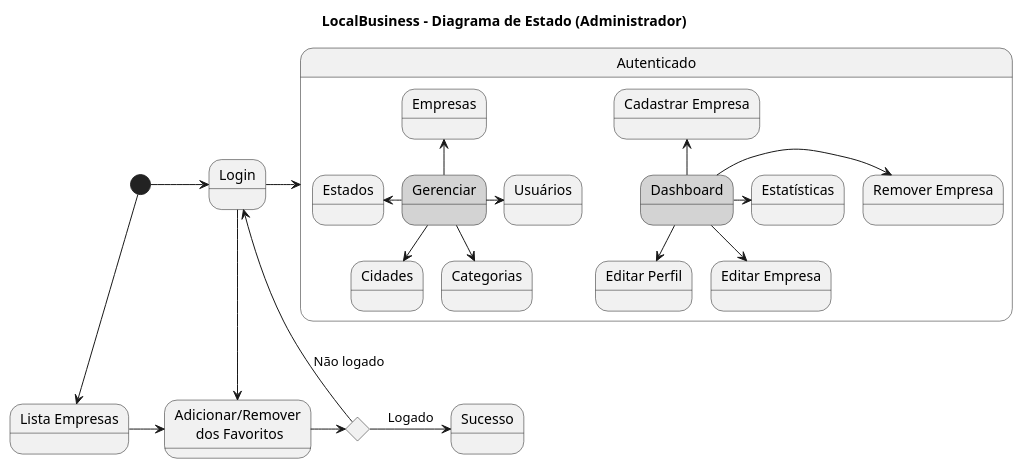
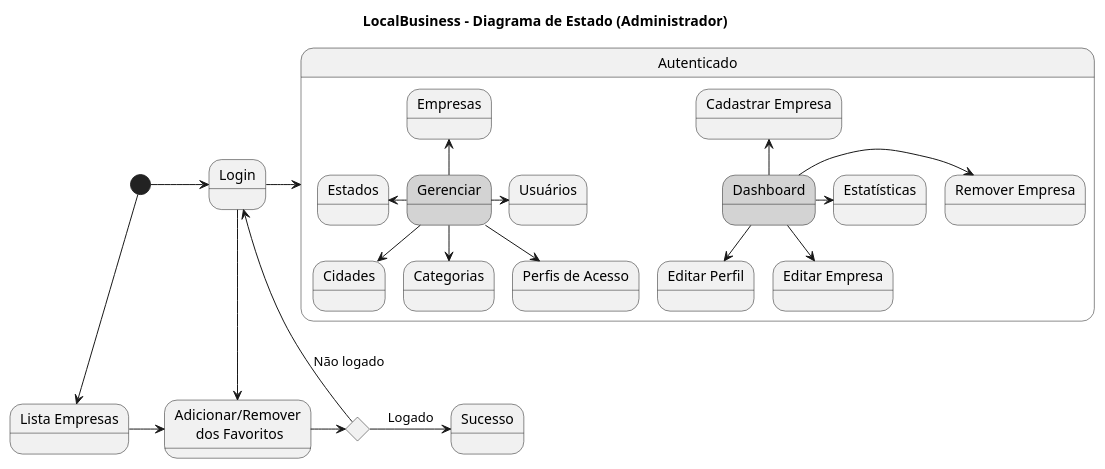
The diagram in documentation/diagrams/states/localbusiness_state-overview-admin.puml (puc-projeto-integrado/smart-business), drawn with PlantUML before and after one commit. The commit also changed 24 other files, not shown here.

```diff
--- a/documentation/diagrams/states/localbusiness_state-overview-admin.puml
+++ b/documentation/diagrams/states/localbusiness_state-overview-admin.puml
@@ -1,42 +1,44 @@
 @startuml
 title "LocalBusiness - Diagrama de Estado (Administrador)"
 
 state "Login" as login
 state "Lista Empresas" as list
 state c <<choice>>
 state "Adicionar/Remover\n dos Favoritos" as handleFav
 
 state "Autenticado" as loggedOn{
     state "Cadastrar Empresa" as cadBusiness
     state "Dashboard" as dashboard #lightgray
     state "Remover Empresa" as delBusiness
     state "Editar Perfil" as editProfile
     state "Editar Empresa" as editBusiness
     state "Gerenciar" as manage #lightgray
     state "Usuários" as user
     state "Empresas" as business
     state "Estados" as state
     state "Cidades" as city
     state "Categorias" as category
     state "Estatísticas" as stats
+    state "Perfis de Acesso" as roles
 }
 
 [*] -d-> list
 [*] -> login
 login -> loggedOn
 dashboard -u-> cadBusiness
 dashboard -d-> editBusiness
 dashboard -> delBusiness
 dashboard -d-> editProfile
 dashboard -r-> stats
 list -r-> handleFav
 handleFav -> c
 c -> Sucesso : Logado
 c -> login : Não logado
 login -d-> handleFav
 manage -> user
 manage -u-> business
 manage -l-> state
 manage -d-> city
 manage -d-> category
+manage -d-> roles
 @enduml
```
